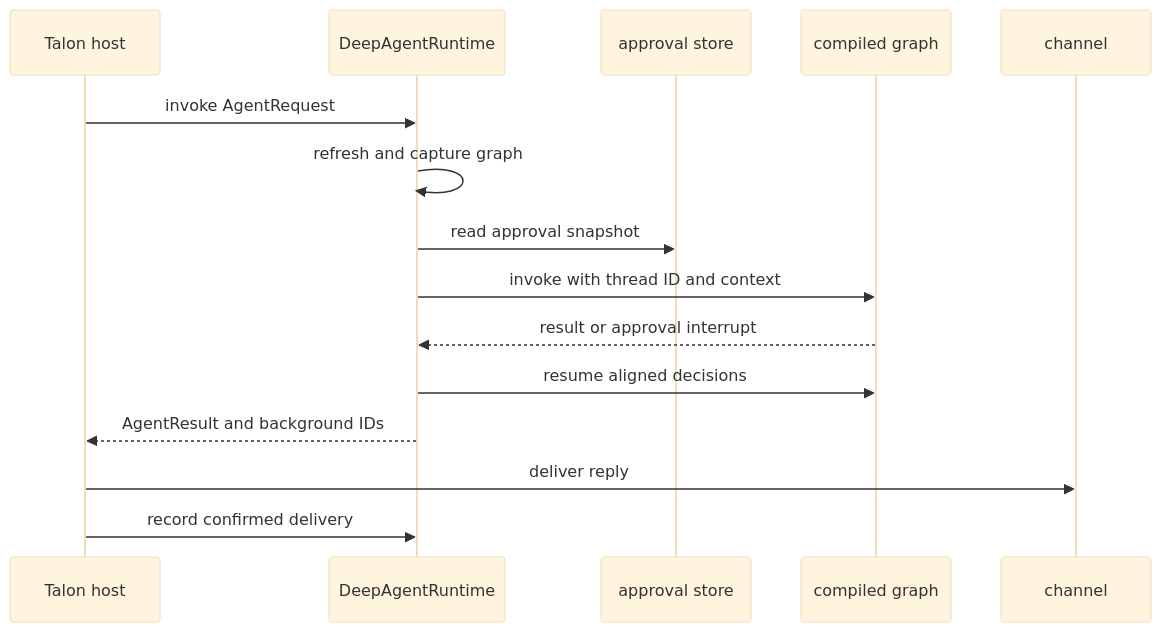
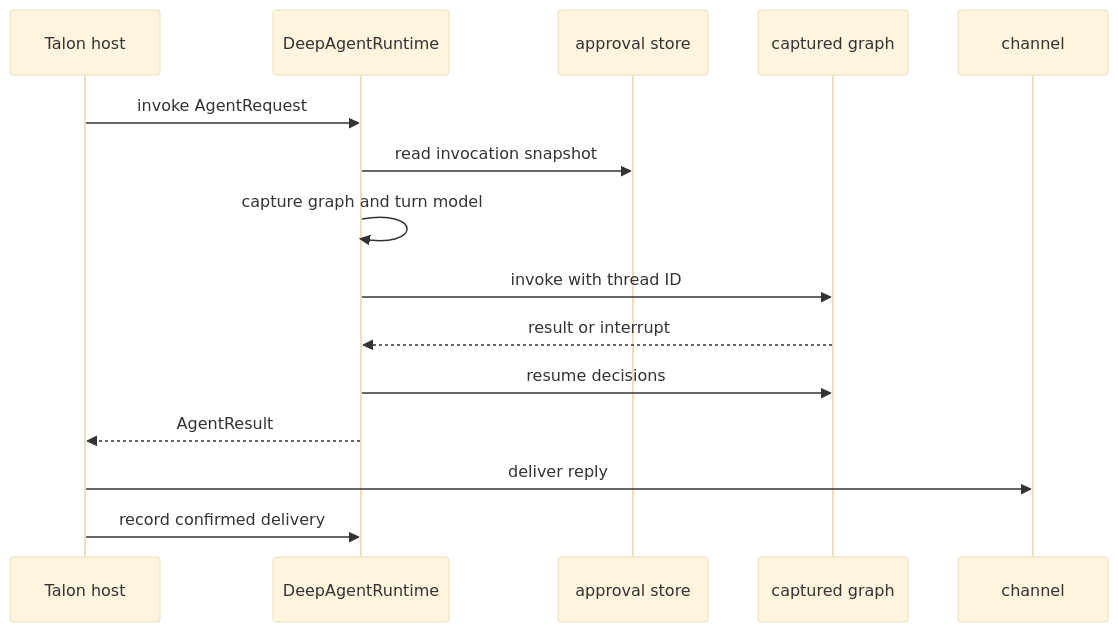
One commit to langchain-ai/deepagents changed the first of 2 diagrams in openwiki/architecture/runtime-behavior.md. Above: the diagram before and after it, drawn with Mermaid (base theme). The commit also changed other lines of this file and 28 other files, not shown here.

````diff
--- a/openwiki/architecture/runtime-behavior.md
+++ b/openwiki/architecture/runtime-behavior.md
@@ -53,17 +57,17 @@
 ```mermaid
 sequenceDiagram
     participant Host as Talon host
     participant Runtime as DeepAgentRuntime
     participant Policy as approval store
-    participant Graph as compiled graph
+    participant Graph as captured graph
     participant Channel as channel
     Host->>Runtime: invoke AgentRequest
-    Runtime->>Runtime: refresh and capture graph
-    Runtime->>Policy: read approval snapshot
-    Runtime->>Graph: invoke with thread ID and context
-    Graph-->>Runtime: result or approval interrupt
-    Runtime->>Graph: resume aligned decisions
-    Runtime-->>Host: AgentResult and background IDs
+    Runtime->>Policy: read invocation snapshot
+    Runtime->>Runtime: capture graph and turn model
+    Runtime->>Graph: invoke with thread ID
+    Graph-->>Runtime: result or interrupt
+    Runtime->>Graph: resume decisions
+    Runtime-->>Host: AgentResult
     Host->>Channel: deliver reply
     Host->>Runtime: record confirmed delivery
 ```
````
